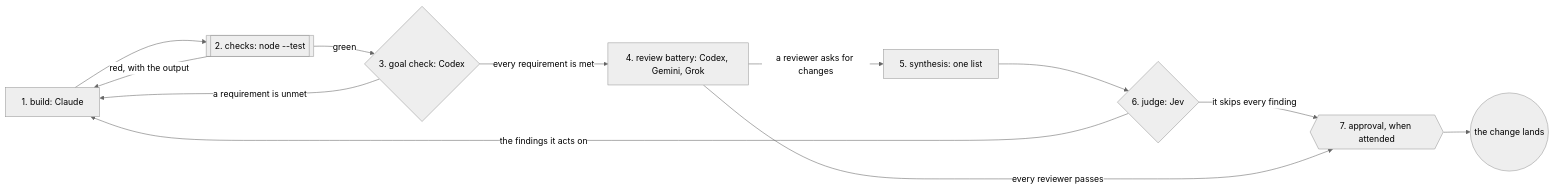
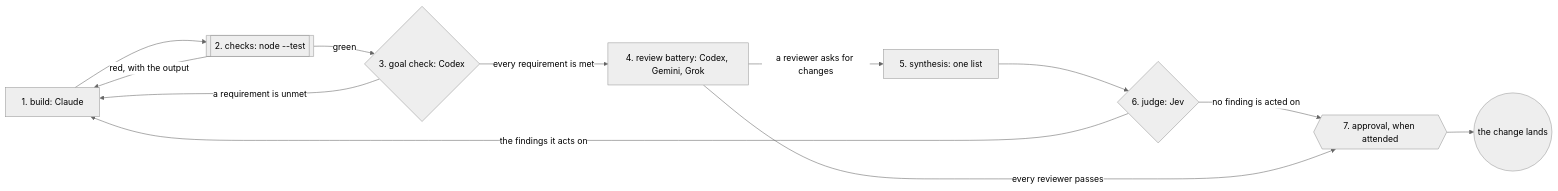
The diagram in docs/public/workflows/feature-team.mdx (jonny981/obversa), drawn with Mermaid (neutral theme) before and after one commit. The commit also changed other lines of this file and 47 other files, not shown here.

````diff
--- a/docs/public/workflows/feature-team.mdx
+++ b/docs/public/workflows/feature-team.mdx
@@ -20,14 +20,14 @@
 ```mermaid
 flowchart LR
   build["1. build: Claude"] --> checks[["2. checks: node --test"]]
   checks -->|"red, with the output"| build
   checks -->|green| goal{"3. goal check: Codex"}
   goal -->|"a requirement is unmet"| build
   goal -->|"every requirement is met"| battery["4. review battery: Codex, Gemini, Grok"]
   battery -->|"a reviewer asks for changes"| synthesis["5. synthesis: one list"]
   synthesis --> judge{"6. judge: Jev"}
   judge -->|"the findings it acts on"| build
-  judge -->|"it skips every finding"| approve{{"7. approval, when attended"}}
+  judge -->|"no finding is acted on"| approve{{"7. approval, when attended"}}
   battery -->|"every reviewer passes"| approve
   approve --> lands((the change lands))
 ```
````
